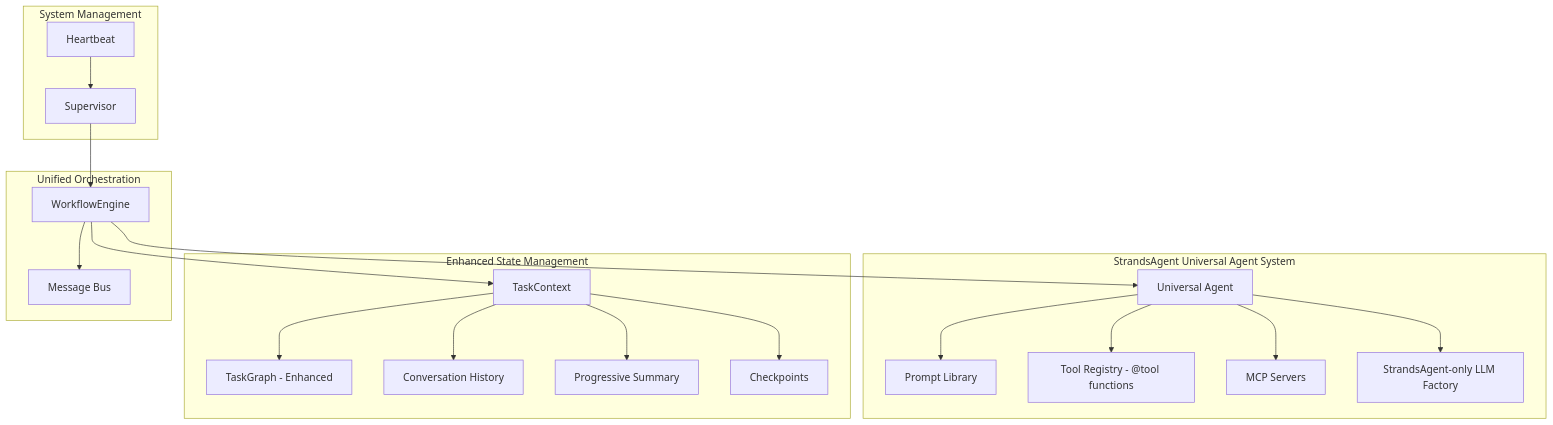
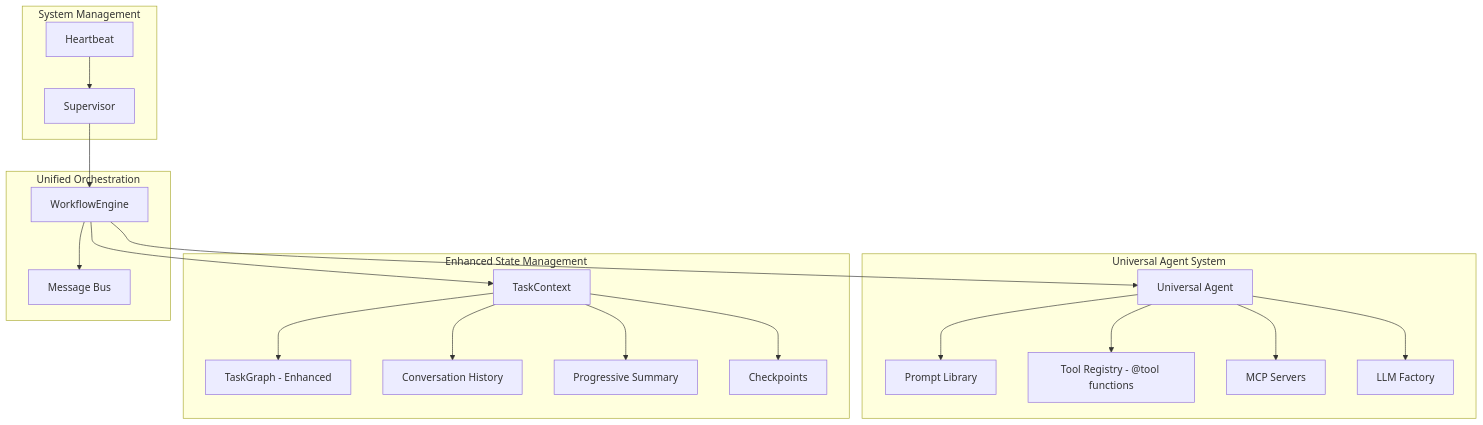
One commit to lenaxia/generative-agent changed the diagram in README.md. Above: the diagram before and after it, drawn with Mermaid. The commit also changed other lines of this file and 21 other files, not shown here.

````diff
--- a/README.md
+++ b/README.md
@@ -25,27 +25,27 @@
 ```mermaid
 graph TD
-    subgraph "StrandsAgent Universal Agent System"
+    subgraph "Universal Agent System"
         UA[Universal Agent] --> PL[Prompt Library]
         UA --> TR[Tool Registry - @tool functions]
         UA --> MCP[MCP Servers]
-        UA --> LLM[StrandsAgent-only LLM Factory]
+        UA --> LLM[LLM Factory]
     end
 
     subgraph "Enhanced State Management"
         TC[TaskContext] --> TG[TaskGraph - Enhanced]
         TC --> CH[Conversation History]
         TC --> PS[Progressive Summary]
         TC --> CP[Checkpoints]
     end
 
     subgraph "Unified Orchestration"
         WE[WorkflowEngine] --> TC
         WE --> UA
         WE --> MB[Message Bus]
     end
 
     subgraph "System Management"
         S[Supervisor] --> WE
         HB[Heartbeat] --> S
     end
 ```
````
